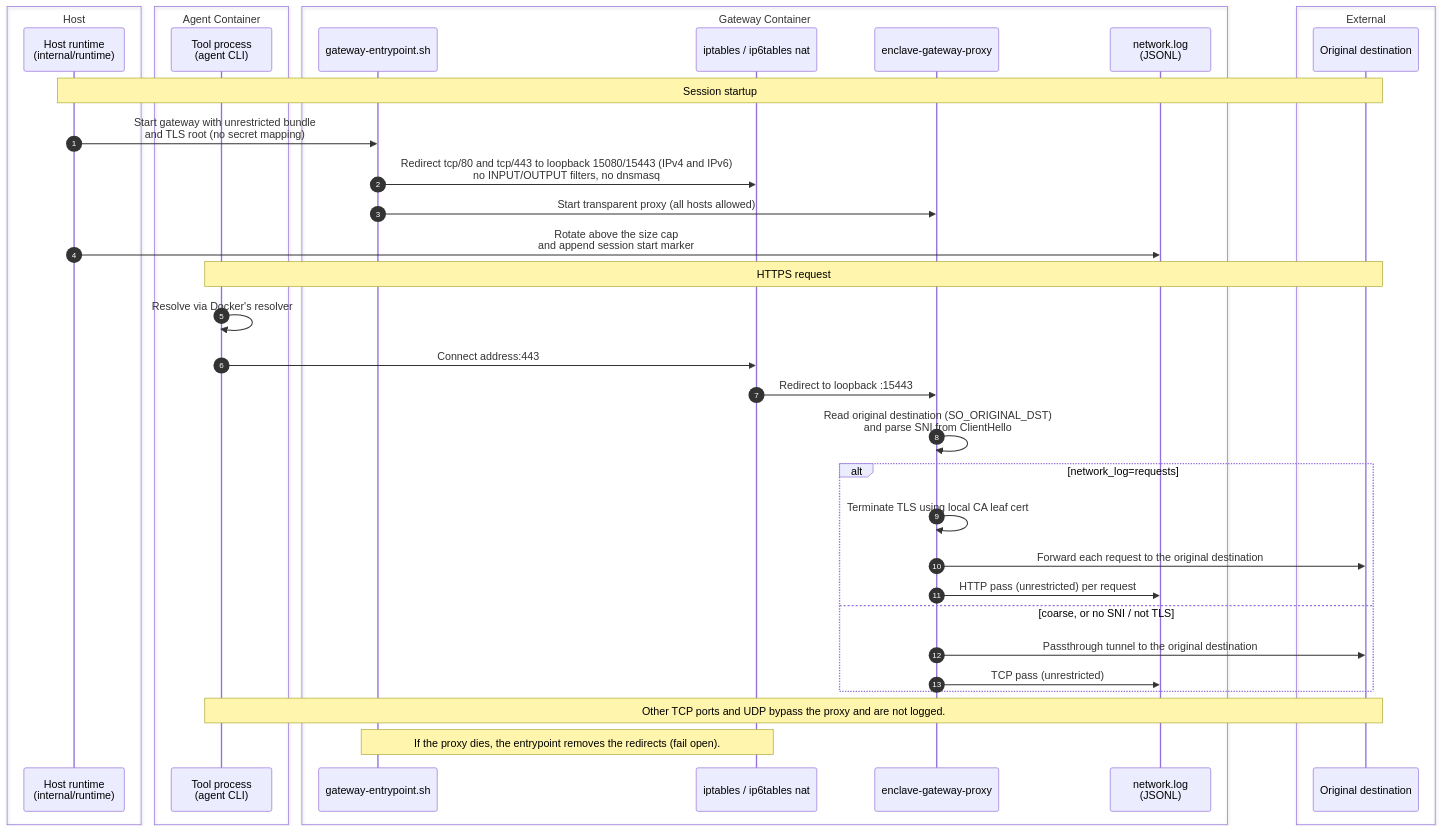
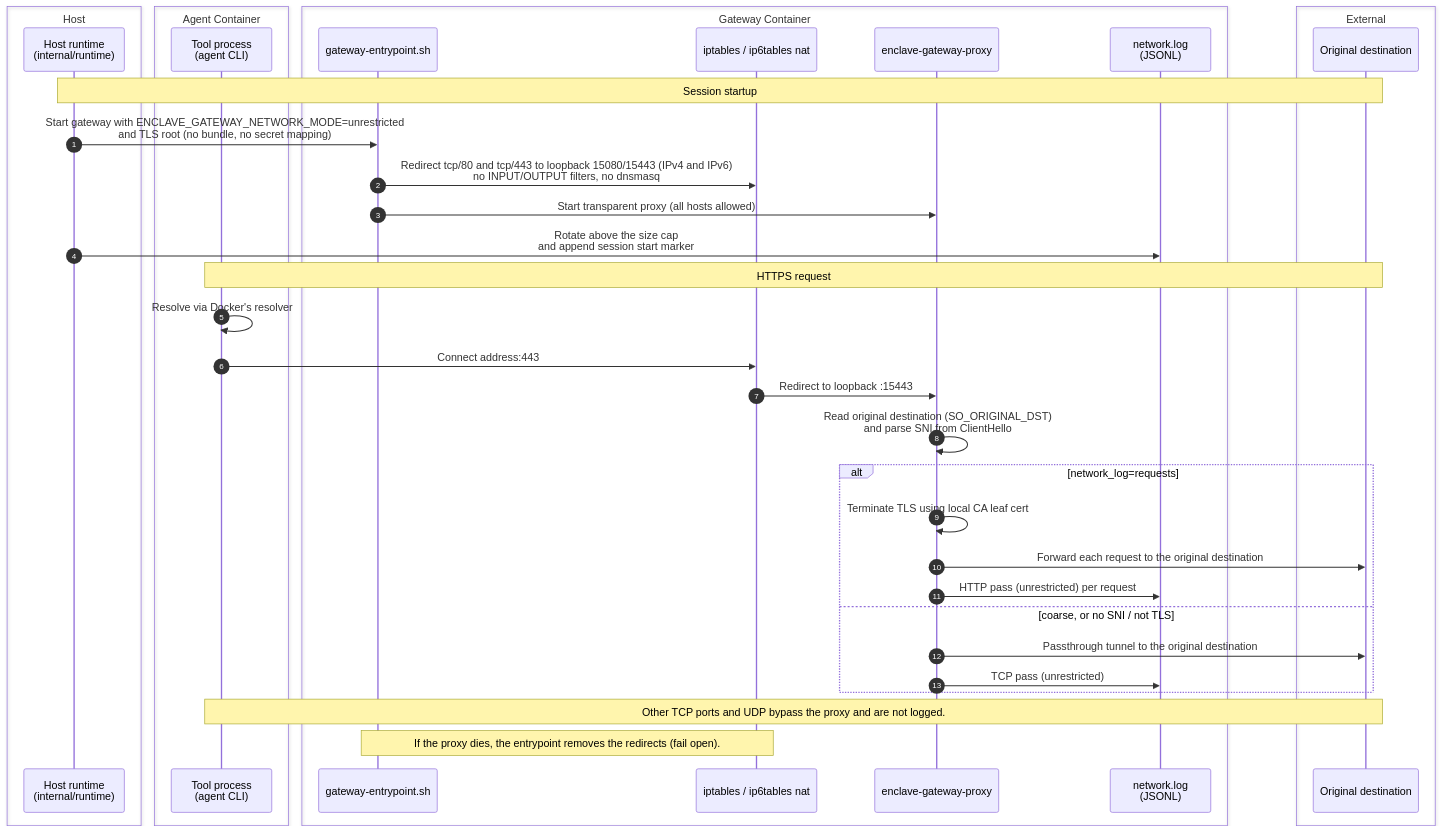
The second of 2 diagrams in docs/runtime/network-request-flow.md (eclipse-enclave/enclave), drawn with Mermaid before and after one commit. The commit also changed other lines of this file and 15 other files, not shown here.

First line of the commit message:
fix: take the gateway's network mode from its container environment

````diff
--- a/docs/runtime/network-request-flow.md
+++ b/docs/runtime/network-request-flow.md
@@ -109,42 +109,42 @@
 ```mermaid
 sequenceDiagram
     autonumber
     box Host
         participant Host as Host runtime<br/>(internal/runtime)
     end
     box Agent Container
         participant Tool as Tool process<br/>(agent CLI)
     end
     box Gateway Container
         participant Entry as gateway-entrypoint.sh
         participant NAT as iptables / ip6tables nat
         participant Proxy as enclave-gateway-proxy
         participant Log as network.log<br/>(JSONL)
     end
     box External
         participant Dst as Original destination
     end
 
     Note over Host,Dst: Session startup
-    Host->>Entry: Start gateway with unrestricted bundle<br/>and TLS root (no secret mapping)
+    Host->>Entry: Start gateway with ENCLAVE_GATEWAY_NETWORK_MODE=unrestricted<br/>and TLS root (no bundle, no secret mapping)
     Entry->>NAT: Redirect tcp/80 and tcp/443 to loopback 15080/15443 (IPv4 and IPv6)<br/>no INPUT/OUTPUT filters, no dnsmasq
     Entry->>Proxy: Start transparent proxy (all hosts allowed)
     Host->>Log: Rotate above the size cap<br/>and append session start marker
 
     Note over Tool,Dst: HTTPS request
     Tool->>Tool: Resolve via Docker's resolver
     Tool->>NAT: Connect address:443
     NAT->>Proxy: Redirect to loopback :15443
     Proxy->>Proxy: Read original destination (SO_ORIGINAL_DST)<br/>and parse SNI from ClientHello
     alt network_log=requests
         Proxy->>Proxy: Terminate TLS using local CA leaf cert
         Proxy->>Dst: Forward each request to the original destination
         Proxy->>Log: HTTP pass (unrestricted) per request
     else coarse, or no SNI / not TLS
         Proxy->>Dst: Passthrough tunnel to the original destination
         Proxy->>Log: TCP pass (unrestricted)
     end
 
     Note over Tool,Dst: Other TCP ports and UDP bypass the proxy and are not logged.
     Note over Entry,NAT: If the proxy dies, the entrypoint removes the redirects (fail open).
 ```
````
